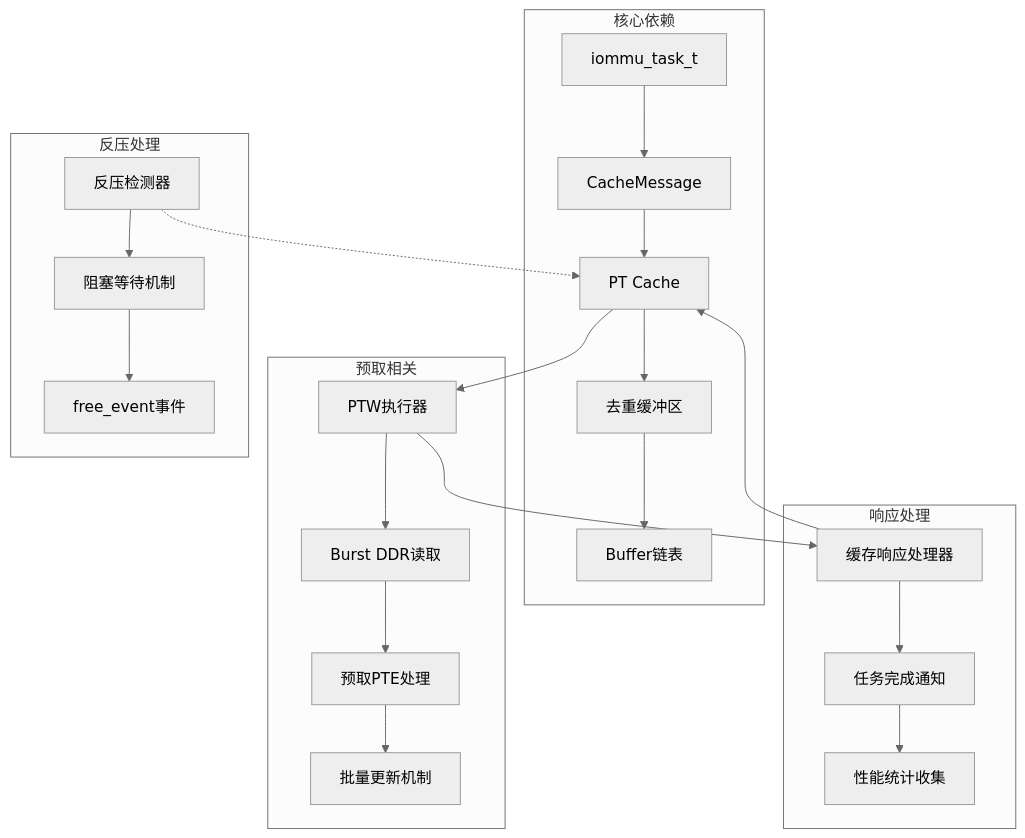
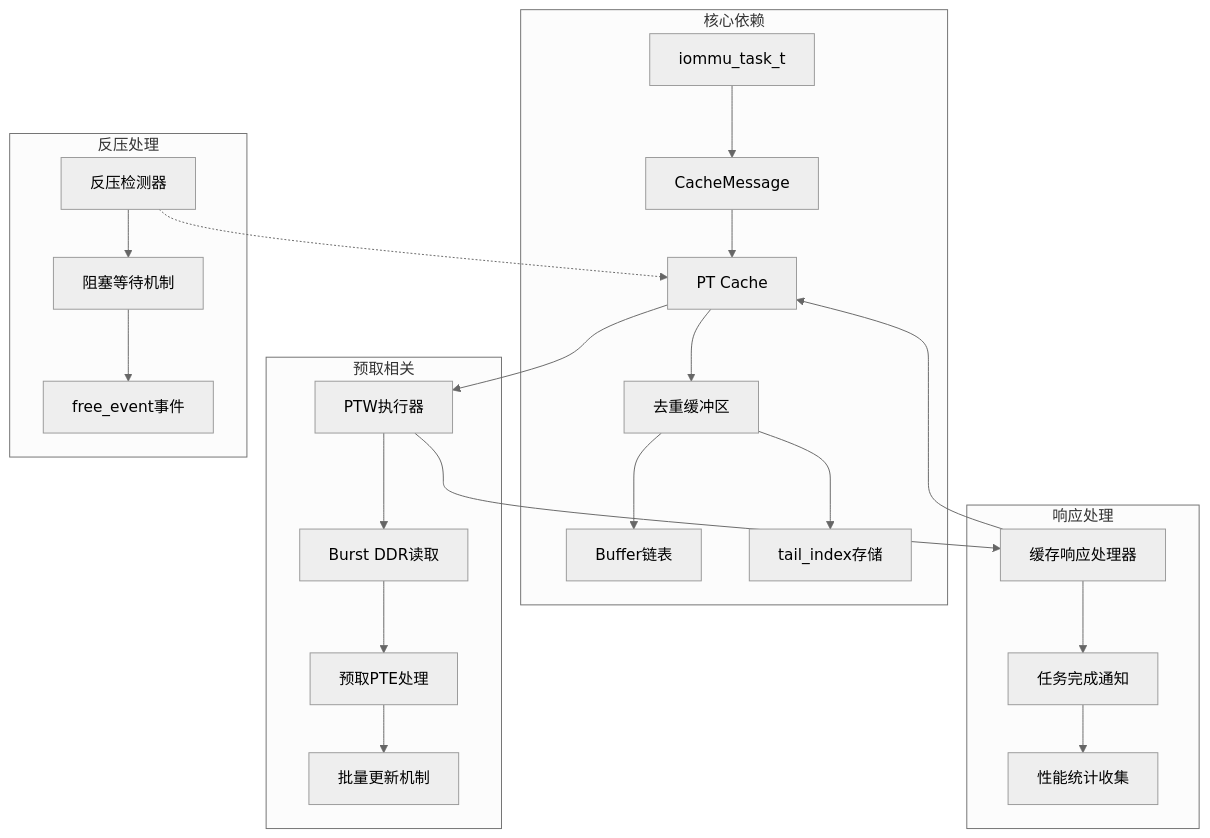
The fifth of 5 diagrams in .qoder/repowiki/zh/content/测试框架/PT Cache预取测试报告.md (jiangjiang1122/iommu_model_20260401_v1), drawn with Mermaid (neutral theme) before and after one commit. The commit also changed other lines of this file and 6 other files, not shown here.

````diff
--- a/.qoder/repowiki/zh/content/测试框架/PT Cache预取测试报告.md
+++ b/.qoder/repowiki/zh/content/测试框架/PT Cache预取测试报告.md
@@ -272,26 +294,27 @@
 ```mermaid
 graph TB
 subgraph "核心依赖"
 A[iommu_task_t] --> B[CacheMessage]
 B --> C[PT Cache]
 C --> D[去重缓冲区]
 D --> E[Buffer链表]
+D --> F[tail_index存储]
 end
 subgraph "预取相关"
-F[PTW执行器] --> G[Burst DDR读取]
-G --> H[预取PTE处理]
-H --> I[批量更新机制]
+G[PTW执行器] --> H[Burst DDR读取]
+H --> I[预取PTE处理]
+I --> J[批量更新机制]
 end
 subgraph "反压处理"
-J[反压检测器] --> K[阻塞等待机制]
-K --> L[free_event事件]
+K[反压检测器] --> L[阻塞等待机制]
+L --> M[free_event事件]
 end
 subgraph "响应处理"
-M[缓存响应处理器] --> N[任务完成通知]
-N --> O[性能统计收集]
+N[缓存响应处理器] --> O[任务完成通知]
+O --> P[性能统计收集]
 end
-C --> F
-F --> M
-M --> C
-J -.-> C
+C --> G
+G --> N
+N --> C
+K -.-> C
 ```
````
